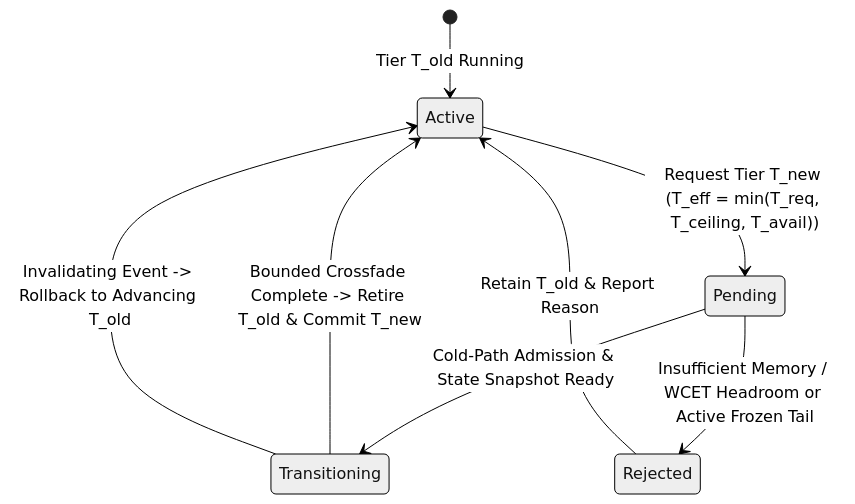
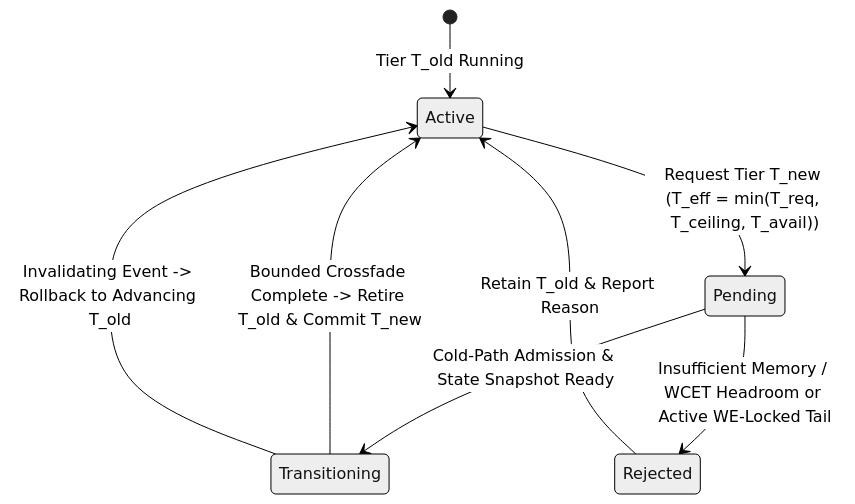
The fifth of 7 diagrams in docs/specs/architecture/sona_architecture.md (mokugen/dnam), drawn with Mermaid (neutral theme) before and after one commit. The commit also changed other lines of this file and 34 other files, not shown here.

````diff
--- a/docs/specs/architecture/sona_architecture.md
+++ b/docs/specs/architecture/sona_architecture.md
@@ -541,10 +544,10 @@
 ```mermaid
 stateDiagram-v2
     [*] --> Active: Tier T_old Running
     Active --> Pending: Request Tier T_new (T_eff = min(T_req, T_ceiling, T_avail))
     Pending --> Transitioning: Cold-Path Admission & State Snapshot Ready
-    Pending --> Rejected: Insufficient Memory / WCET Headroom or Active Frozen Tail
+    Pending --> Rejected: Insufficient Memory / WCET Headroom or Active WE-Locked Tail
     Transitioning --> Active: Bounded Crossfade Complete -> Retire T_old & Commit T_new
     Transitioning --> Active: Invalidating Event -> Rollback to Advancing T_old
     Rejected --> Active: Retain T_old & Report Reason
 ```
````
